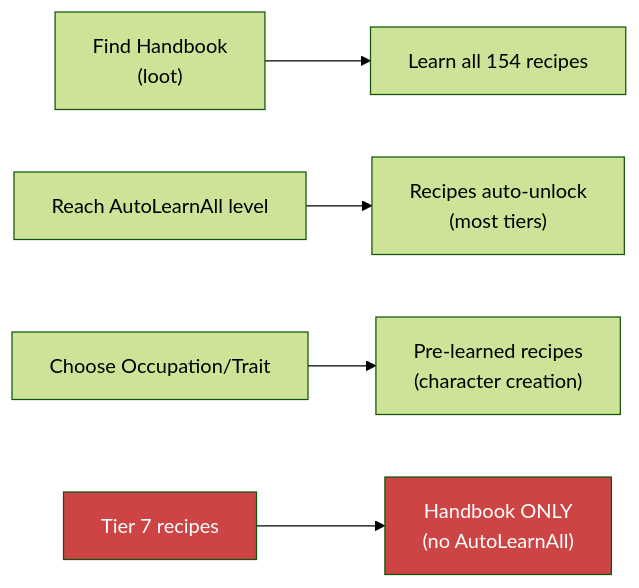
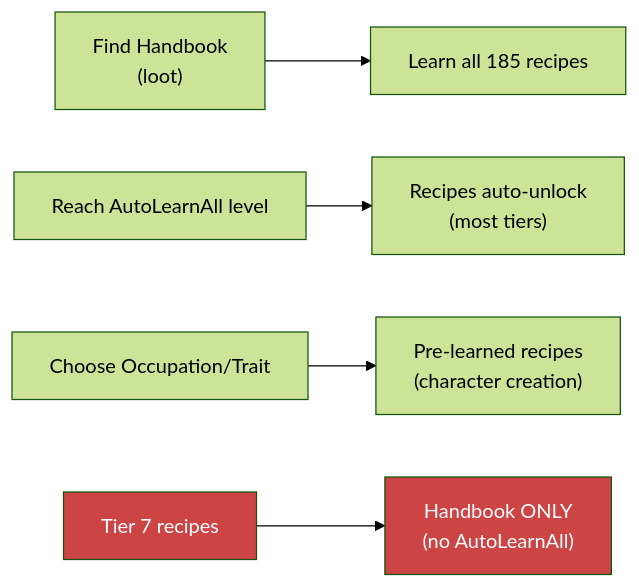
One commit to phobos-dthorga/mod-pz-chemistry-pathways changed the diagram in docs/mermaid-src/learning-paths.mmd. Above: the diagram before and after it, drawn with Mermaid (forest theme). The commit also changed 13 other files, not shown here.

Commit message:
docs: update documentation for v0.22.0 — changelog, README, mermaid diagrams, diagram docs, BBCode

```diff
--- a/docs/mermaid-src/learning-paths.mmd
+++ b/docs/mermaid-src/learning-paths.mmd
@@ -1,8 +1,8 @@
 graph LR
-    HB["Find Handbook<br/>(loot)"] --> LEARN["Learn all 154 recipes"]
+    HB["Find Handbook<br/>(loot)"] --> LEARN["Learn all 185 recipes"]
     LEVEL["Reach AutoLearnAll level"] --> AUTO["Recipes auto-unlock<br/>(most tiers)"]
     CREATE["Choose Occupation/Trait"] --> GRANT["Pre-learned recipes<br/>(character creation)"]
     T7["Tier 7 recipes"] --> HB_ONLY["Handbook ONLY<br/>(no AutoLearnAll)"]
 
     style T7 fill:#c44,color:#fff
     style HB_ONLY fill:#c44,color:#fff
```
